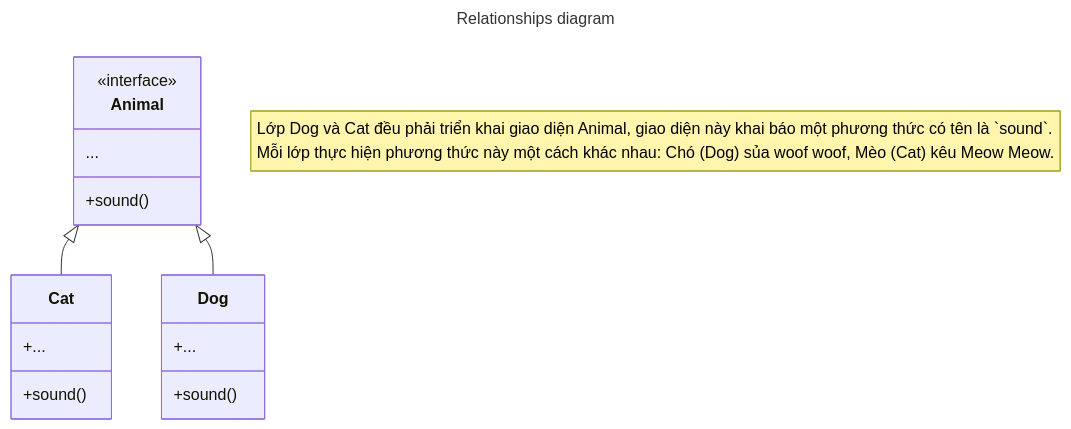
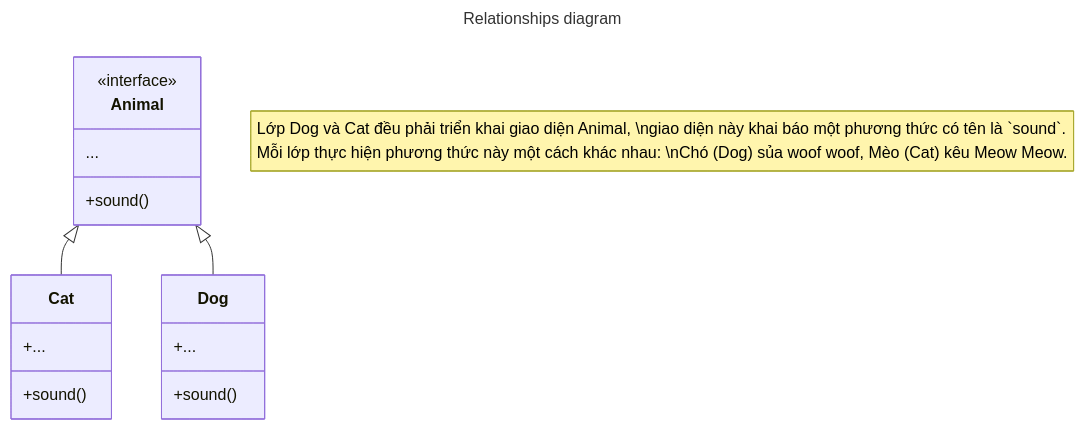
Before and after one commit to CK1412/sweetcandy: the diagram in docs/flutter-dart/design-pattern/factory_method_pattern.mdx, drawn with Mermaid. The commit also changed other lines of this file and 3 other files, not shown here.

````diff
--- a/docs/flutter-dart/design-pattern/factory_method_pattern.mdx
+++ b/docs/flutter-dart/design-pattern/factory_method_pattern.mdx
@@ -17,22 +17,22 @@
 ```mermaid
 ---
 title: Relationships diagram
 ---
 classDiagram
-  note "Lớp Dog và Cat đều phải triển khai giao diện Animal, giao diện này khai báo một phương thức có tên là `sound`.
-        Mỗi lớp thực hiện phương thức này một cách khác nhau: Chó (Dog) sủa woof woof, Mèo (Cat) kêu Meow Meow."
-  class Animal
+    note "Lớp Dog và Cat đều phải triển khai giao diện Animal, \ngiao diện này khai báo một phương thức có tên là `sound`.
+          Mỗi lớp thực hiện phương thức này một cách khác nhau: \nChó (Dog) sủa woof woof, Mèo (Cat) kêu Meow Meow."
+    class Animal
     <<interface>> Animal
     Animal <|-- Cat
     Animal <|-- Dog
     Animal : ...
-    Animal: +sound()
-  class Dog{
-    +...
-    +sound()
-  }
-  class Cat{
-    +...
-    +sound()
-  }
+    Animal : +sound()
+    class Dog{
+      +...
+      +sound()
+    }
+    class Cat{
+      +...
+      +sound()
+    }
 ```
````
